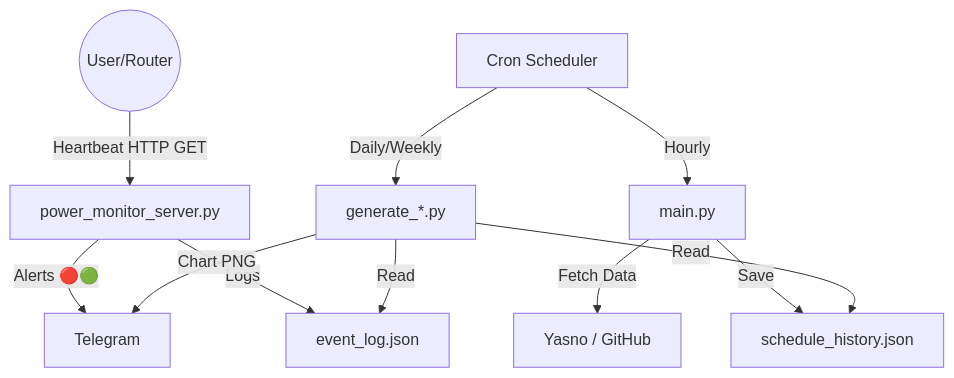
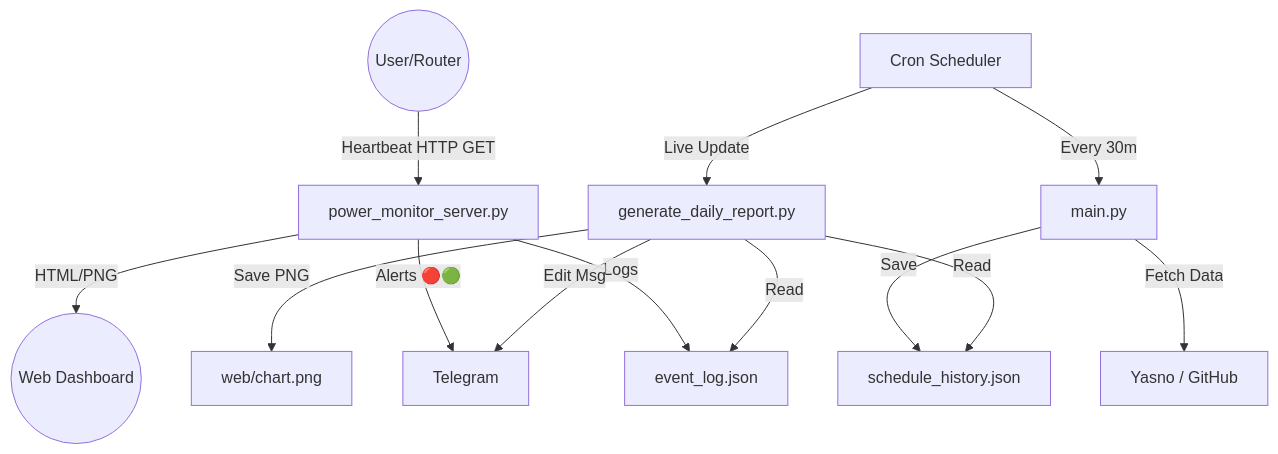
Before and after one commit to weby-homelab/light-monitor-kyiv: the diagram in README.md, drawn with Mermaid. The commit also changed other lines of this file, not shown here.

Commit message:
Docs: Prepare README for v1.1.0 release (Web Dashboard, Live Reports)

````diff
--- a/README.md
+++ b/README.md
@@ -40,15 +53,17 @@
 ```mermaid
 graph TD
     User((User/Router)) -->|Heartbeat HTTP GET| Server[power_monitor_server.py]
     Server -->|Alerts 🔴🟢| Telegram
     Server -->|Logs| EventLog[event_log.json]
+    Server -->|HTML/PNG| Browser((Web Dashboard))
     
-    Cron[Cron Scheduler] -->|Hourly| Scraper[main.py]
+    Cron[Cron Scheduler] -->|Every 30m| Scraper[main.py]
     Scraper -->|Fetch Data| YasnoAPI[Yasno / GitHub]
     Scraper -->|Save| ScheduleDB[schedule_history.json]
     
-    Cron -->|Daily/Weekly| Generators[generate_*.py]
+    Cron -->|Live Update| Generators[generate_daily_report.py]
     Generators -->|Read| EventLog
     Generators -->|Read| ScheduleDB
-    Generators -->|Chart PNG| Telegram
+    Generators -->|Edit Msg| Telegram
+    Generators -->|Save PNG| WebFolder[web/chart.png]
 ```
````
